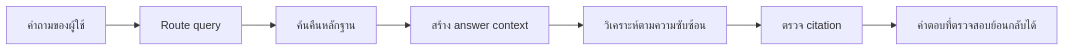
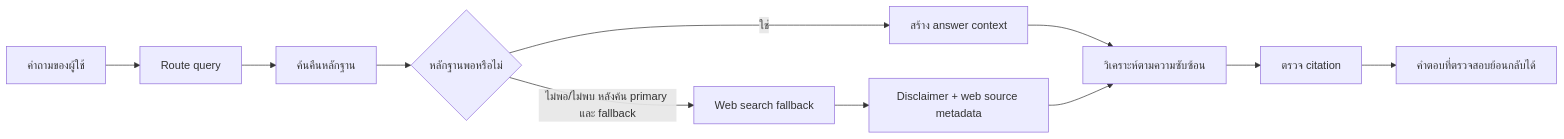
Before and after one commit to RobbyGrean/PassaduAIagent: the diagram in README.md, drawn with Mermaid. The commit also changed other lines of this file and 18 other files, not shown here.

Commit message:
Add repository-first web search fallback

````diff
--- a/README.md
+++ b/README.md
@@ -56,9 +57,13 @@
 ```mermaid
 flowchart LR
     A[คำถามของผู้ใช้] --> B[Route query]
     B --> C[ค้นคืนหลักฐาน]
-    C --> D[สร้าง answer context]
-    D --> E[วิเคราะห์ตามความซับซ้อน]
-    E --> F[ตรวจ citation]
+    C --> D{หลักฐานพอหรือไม่}
+    D -->|ใช่| E[สร้าง answer context]
+    D -->|ไม่พอ/ไม่พบ หลังค้น primary และ fallback| W[Web search fallback]
+    W --> X[Disclaimer + web source metadata]
+    E --> Y[วิเคราะห์ตามความซับซ้อน]
+    X --> Y
+    Y --> F[ตรวจ citation]
     F --> G[คำตอบที่ตรวจสอบย้อนกลับได้]
 ```
````
